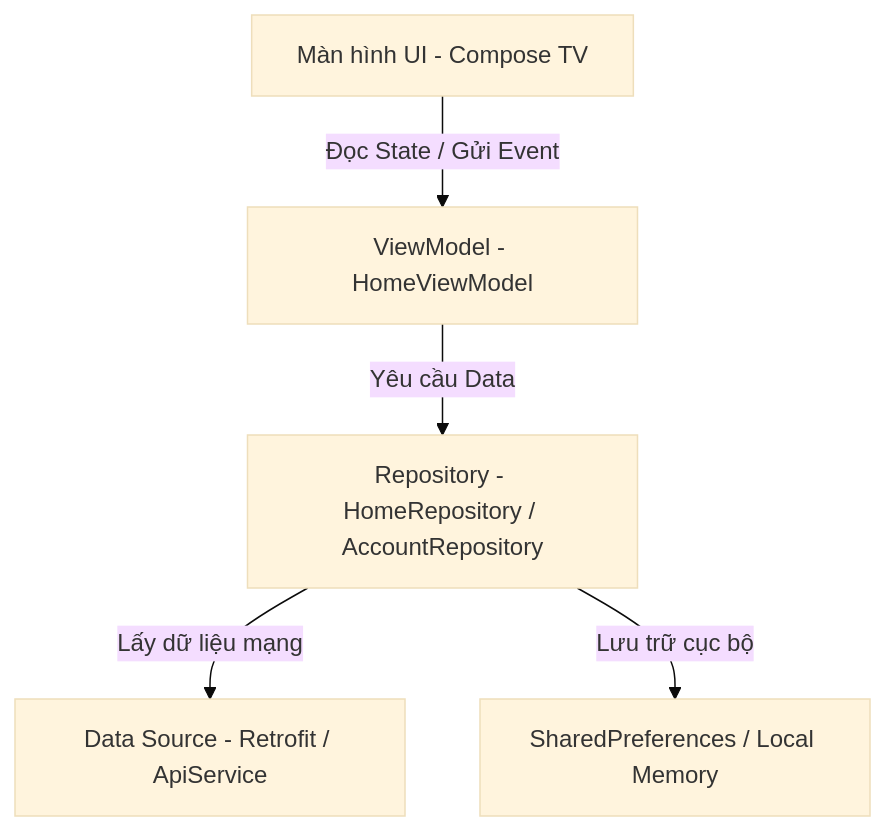
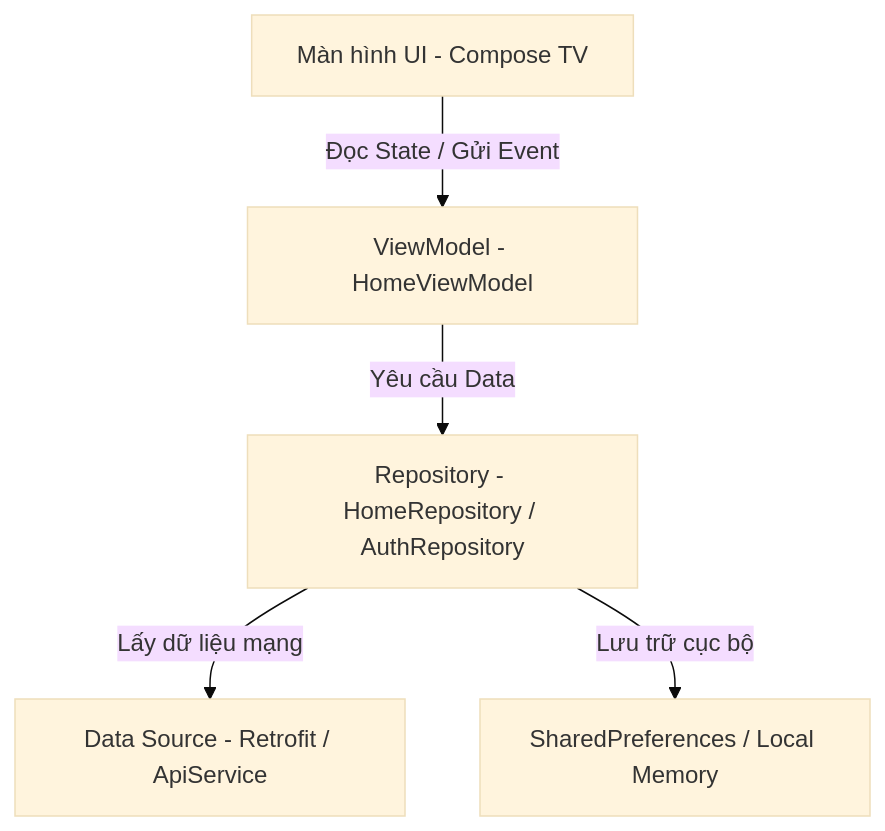
One commit to bac95ts/demo_android_tv_compose changed the diagram in README.md. Above: the diagram before and after it, drawn with Mermaid (base theme). The commit also changed other lines of this file, not shown here.

````diff
--- a/README.md
+++ b/README.md
@@ -22,7 +22,7 @@
 ```mermaid
 graph TD
     UI[Màn hình UI - Compose TV] -->|Đọc State / Gửi Event| VM[ViewModel - HomeViewModel]
-    VM -->|Yêu cầu Data| Repo[Repository - HomeRepository / AccountRepository]
+    VM -->|Yêu cầu Data| Repo[Repository - HomeRepository / AuthRepository]
     Repo -->|Lấy dữ liệu mạng| API[Data Source - Retrofit / ApiService]
     Repo -->|Lưu trữ cục bộ| Cache[SharedPreferences / Local Memory]
 ```
````
